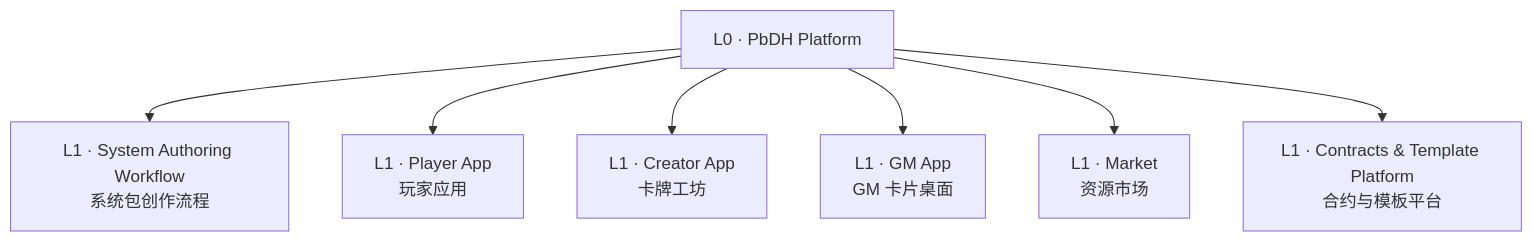
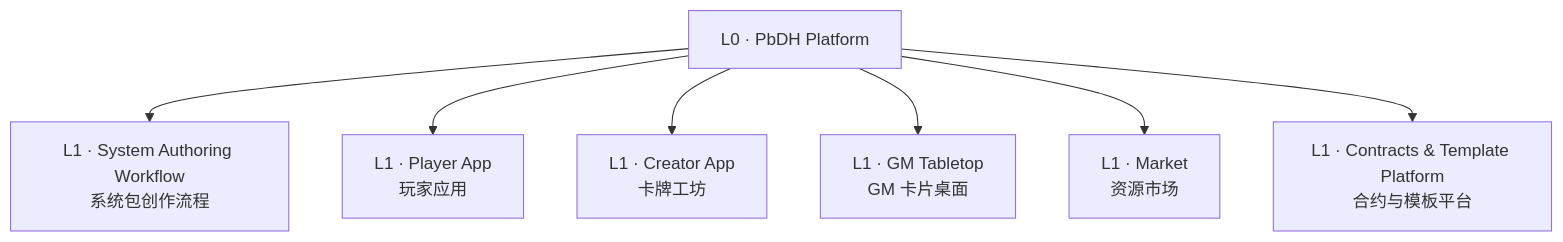
Before and after one commit to ZZZZzzzzac/PbDH: the first of 8 diagrams in docs/c4.md, drawn with Mermaid. The commit also changed other lines of this file and 26 other files, not shown here.

````diff
--- a/docs/c4.md
+++ b/docs/c4.md
@@ -18,11 +18,11 @@
 ```mermaid
 flowchart TB
     platform["L0 · PbDH Platform"]
 
     platform --> authoring["L1 · System Authoring Workflow<br/>系统包创作流程"]
     platform --> player["L1 · Player App<br/>玩家应用"]
     platform --> creator["L1 · Creator App<br/>卡牌工坊"]
-    platform --> gm["L1 · GM App<br/>GM 卡片桌面"]
+    platform --> gm["L1 · GM Tabletop<br/>GM 卡片桌面"]
     platform --> market["L1 · Market<br/>资源市场"]
     platform --> contracts["L1 · Contracts & Template Platform<br/>合约与模板平台"]
 ```
````
